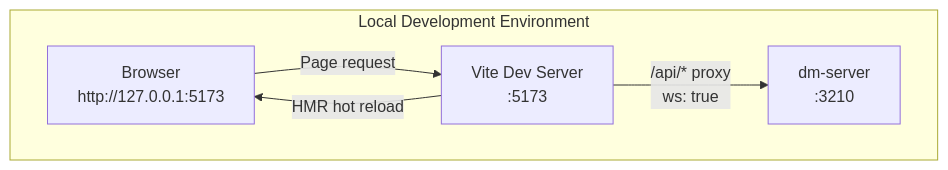
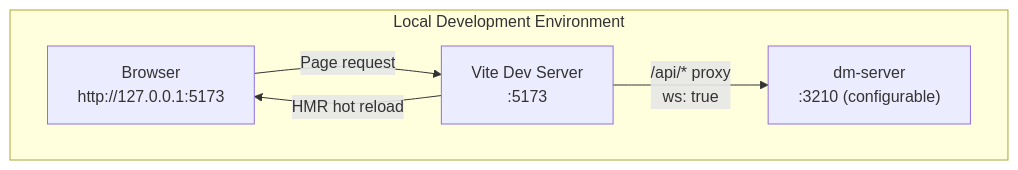
The second of 4 diagrams in wiki/zh/en/25-build-and-embed.md (l1veIn/dora-manager), drawn with Mermaid before and after one commit. The commit also changed other lines of this file and 11 other files, not shown here.

````diff
--- a/wiki/zh/en/25-build-and-embed.md
+++ b/wiki/zh/en/25-build-and-embed.md
@@ -166,12 +166,12 @@
 ```mermaid
 flowchart TB
     subgraph Dev["Local Development Environment"]
         Browser["Browser<br/>http://127.0.0.1:5173"]
         ViteDev["Vite Dev Server<br/>:5173"]
-        DmServer["dm-server<br/>:3210"]
+        DmServer["dm-server<br/>:3210 (configurable)"]
 
         Browser -->|"Page request"| ViteDev
         ViteDev -->|"/api/* proxy<br/>ws: true"| DmServer
         ViteDev -->|"HMR hot reload"| Browser
     end
 ```
````
